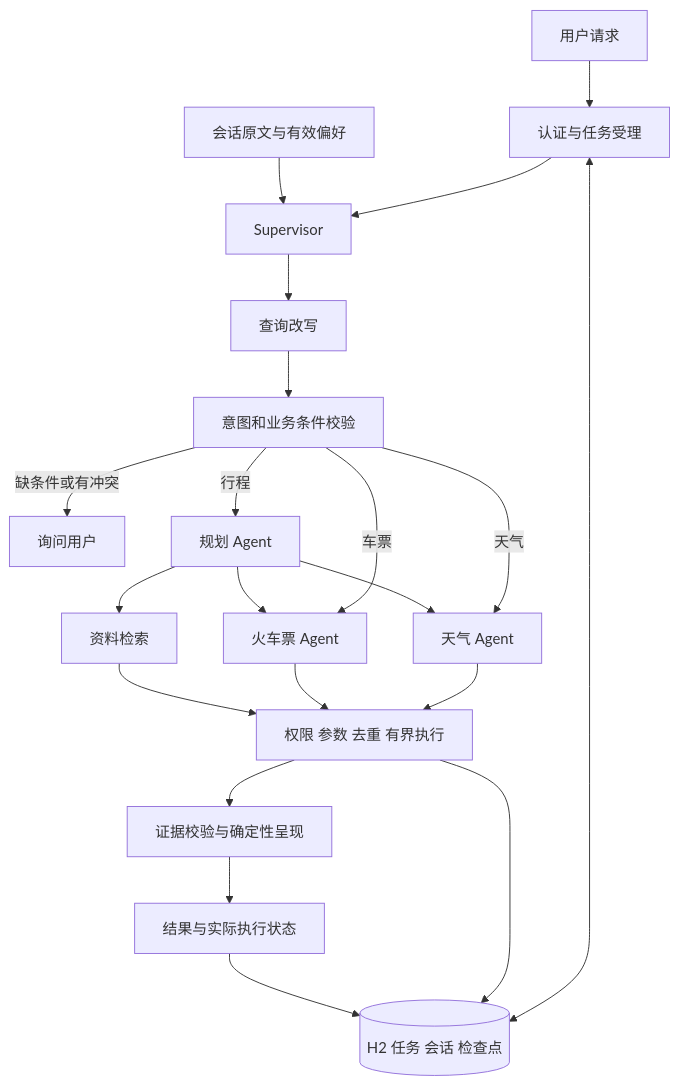
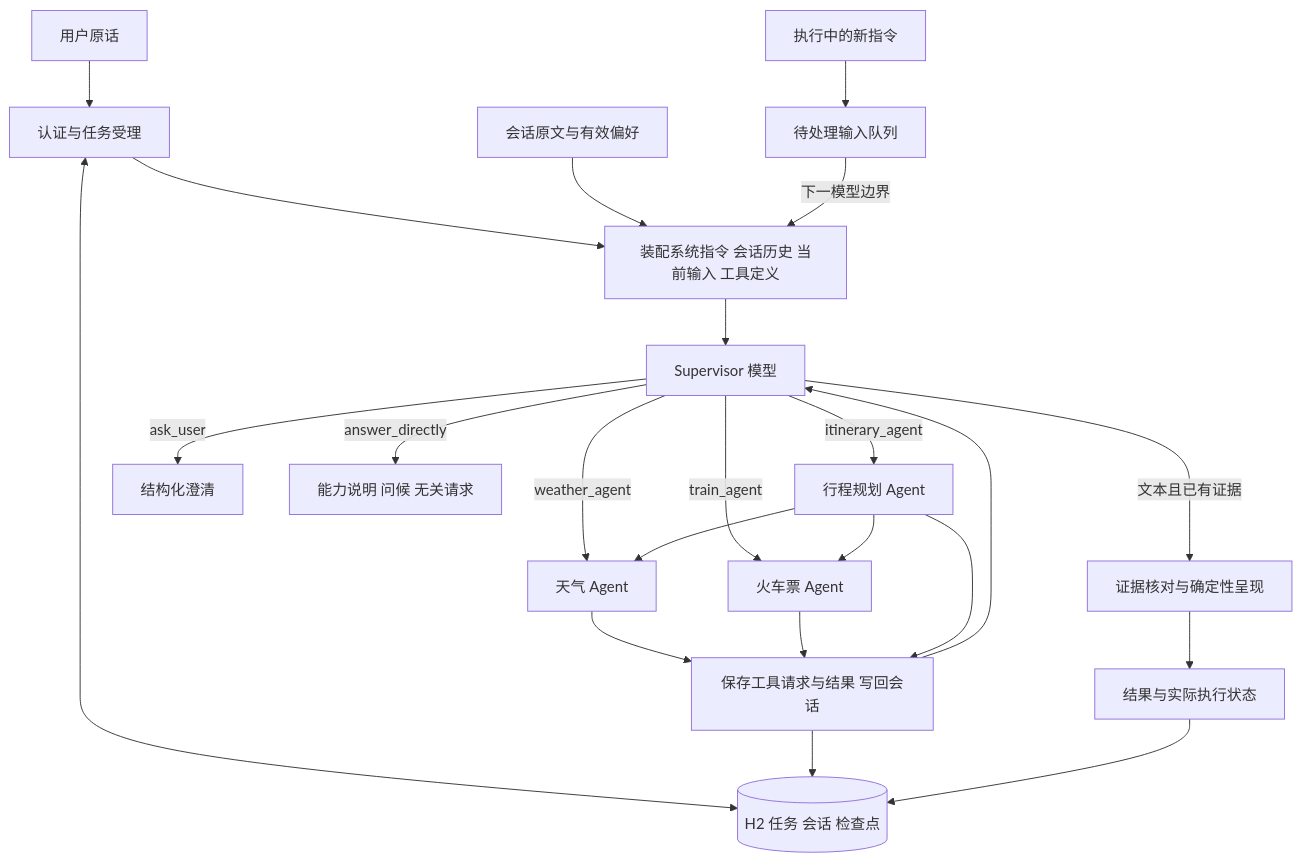
Before and after one commit to hj456992/agentscope-react-demo: the first of 4 diagrams in docs/Supervisor使用说明.md, drawn with Mermaid. The commit also changed other lines of this file and 28 other files, not shown here.

````diff
--- a/docs/Supervisor使用说明.md
+++ b/docs/Supervisor使用说明.md
@@ -9,23 +9,25 @@
 ```mermaid
 flowchart TD
-    U[用户请求] --> A[认证与任务受理]
-    A --> S[Supervisor]
+    U[用户原话] --> A[认证与任务受理]
+    A --> S[装配系统指令 会话历史 当前输入 工具定义]
     H[会话原文与有效偏好] --> S
-    S --> R[查询改写]
-    R --> I[意图和业务条件校验]
-    I -->|缺条件或有冲突| Q[询问用户]
-    I -->|天气| W[天气 Agent]
-    I -->|车票| T[火车票 Agent]
-    I -->|行程| P[规划 Agent]
+    S --> M[Supervisor 模型]
+    M -->|weather_agent| W[天气 Agent]
+    M -->|train_agent| T[火车票 Agent]
+    M -->|itinerary_agent| P[行程规划 Agent]
     P --> W
     P --> T
-    P --> K[资料检索]
-    W --> G[权限 参数 去重 有界执行]
-    T --> G
-    K --> G
-    G --> V[证据校验与确定性呈现]
+    M -->|ask_user| Q[结构化澄清]
+    M -->|answer_directly| D[能力说明 问候 无关请求]
+    M -->|文本且已有证据| V[证据核对与确定性呈现]
+    W --> H2[保存工具请求与结果 写回会话]
+    T --> H2
+    P --> H2
+    H2 --> M
+    A <--> DB[(H2 任务 会话 检查点)]
+    H2 --> DB
     V --> O[结果与实际执行状态]
-    A <--> DB[(H2 任务 会话 检查点)]
-    G --> DB
+    N[执行中的新指令] --> Q2[待处理输入队列]
+    Q2 -->|下一模型边界| S
     O --> DB
 ```
````
